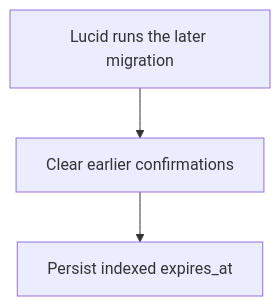
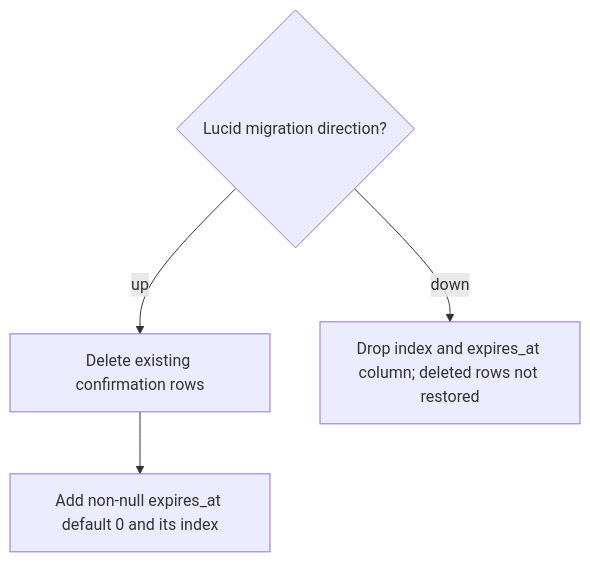
The second of 2 diagrams in user-stories/US-CONFIRM-07-upgrade-confirmation-storage.md (Kevinjohn/oss-adonisjs-confirm-action-with-password), drawn with Mermaid before and after one commit. The commit also changed other lines of this file and 7 other files, not shown here.

Commit message:
docs: verify user story paths and Mermaid flows against implementation

````diff
--- a/user-stories/US-CONFIRM-07-upgrade-confirmation-storage.md
+++ b/user-stories/US-CONFIRM-07-upgrade-confirmation-storage.md
@@ -27,5 +31,6 @@
 ```mermaid
 flowchart TD
-    A["Lucid runs the later migration"] --> B["Clear earlier confirmations"]
-    B --> C["Persist indexed expires_at"]
+    A{"Lucid migration direction?"} -->|up| B["Delete existing confirmation rows"]
+    B --> C["Add non-null expires_at default 0 and its index"]
+    A -->|down| D["Drop index and expires_at column; deleted rows not restored"]
 ```
````
